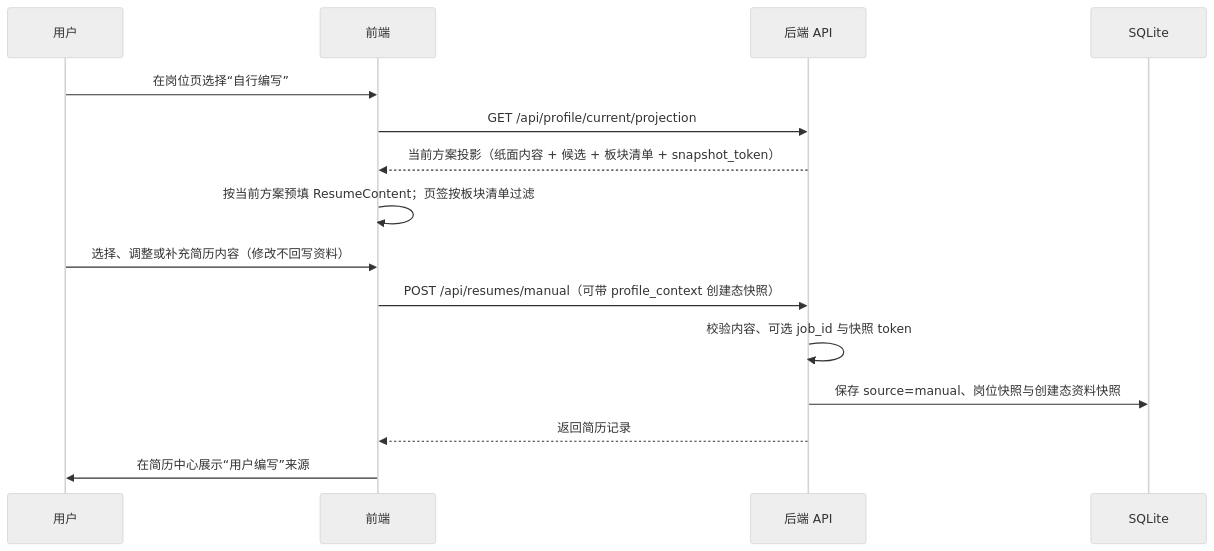
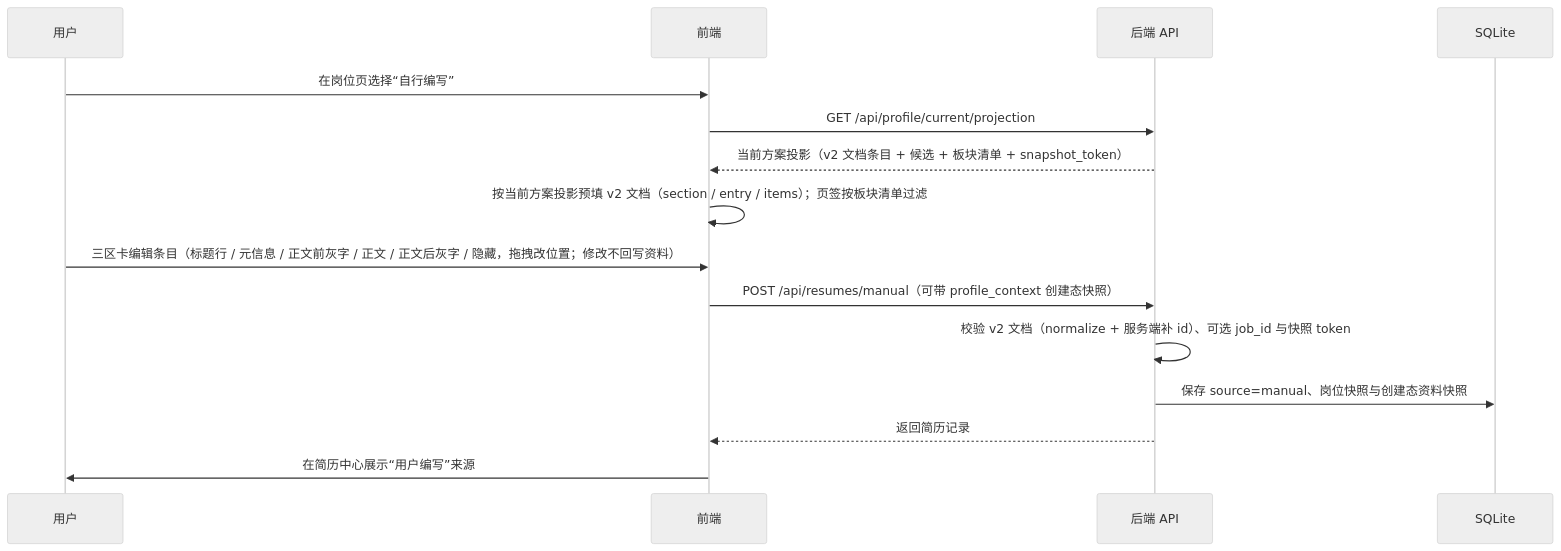
The fifth of 8 diagrams in docs/architecture.md (magicapple123/ResumeForge), drawn with Mermaid (neutral theme) before and after one commit. The commit also changed other lines of this file and 839 other files, not shown here.

````diff
--- a/docs/architecture.md
+++ b/docs/architecture.md
@@ -305,18 +372,18 @@
 ```mermaid
 sequenceDiagram
     participant U as 用户
     participant F as 前端
     participant B as 后端 API
     participant DB as SQLite
 
     U->>F: 在岗位页选择“自行编写”
     F->>B: GET /api/profile/current/projection
-    B-->>F: 当前方案投影（纸面内容 + 候选 + 板块清单 + snapshot_token）
-    F->>F: 按当前方案预填 ResumeContent；页签按板块清单过滤
-    U->>F: 选择、调整或补充简历内容（修改不回写资料）
+    B-->>F: 当前方案投影（v2 文档条目 + 候选 + 板块清单 + snapshot_token）
+    F->>F: 按当前方案投影预填 v2 文档（section / entry / items）；页签按板块清单过滤
+    U->>F: 三区卡编辑条目（标题行 / 元信息 / 正文前灰字 / 正文 / 正文后灰字 / 隐藏，拖拽改位置；修改不回写资料）
     F->>B: POST /api/resumes/manual（可带 profile_context 创建态快照）
-    B->>B: 校验内容、可选 job_id 与快照 token
+    B->>B: 校验 v2 文档（normalize + 服务端补 id）、可选 job_id 与快照 token
     B->>DB: 保存 source=manual、岗位快照与创建态资料快照
     B-->>F: 返回简历记录
     F->>U: 在简历中心展示“用户编写”来源
 ```
````
